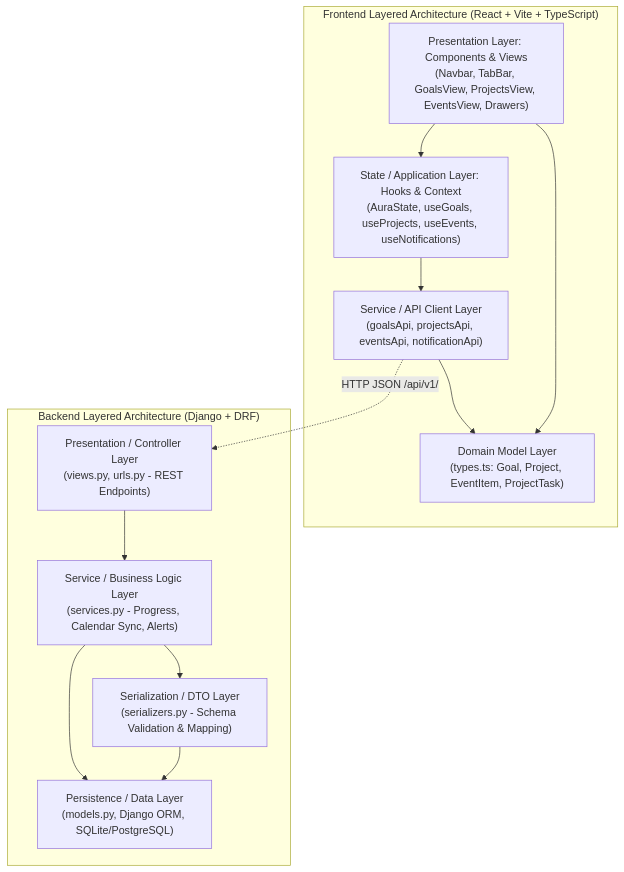
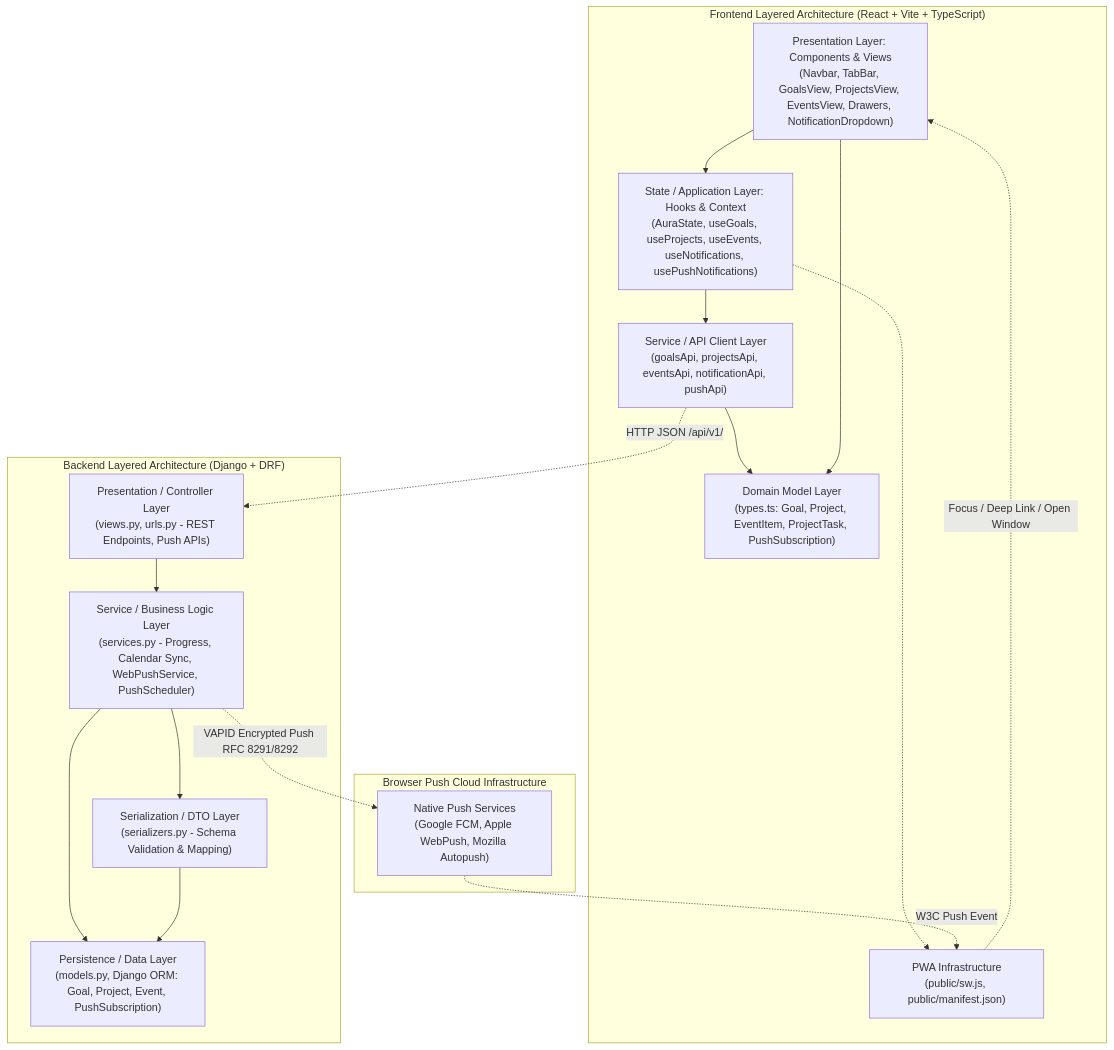
Before and after one commit to Benjamin-66Tar/Gestor-de-tareas-: the diagram in specs/001-navigation-layout/plan.md, drawn with Mermaid. The commit also changed other lines of this file and 6 other files, not shown here.

````diff
--- a/specs/001-navigation-layout/plan.md
+++ b/specs/001-navigation-layout/plan.md
@@ -67,26 +77,35 @@
 ```mermaid
 graph TD
     subgraph Frontend["Frontend Layered Architecture (React + Vite + TypeScript)"]
-        UI["Presentation Layer: Components & Views<br/>(Navbar, TabBar, GoalsView, ProjectsView, EventsView, Drawers)"]
-        STATE["State / Application Layer: Hooks & Context<br/>(AuraState, useGoals, useProjects, useEvents, useNotifications)"]
-        SERVICE_FE["Service / API Client Layer<br/>(goalsApi, projectsApi, eventsApi, notificationApi)"]
-        DOMAIN_FE["Domain Model Layer<br/>(types.ts: Goal, Project, EventItem, ProjectTask)"]
+        UI["Presentation Layer: Components & Views<br/>(Navbar, TabBar, GoalsView, ProjectsView, EventsView, Drawers, NotificationDropdown)"]
+        STATE["State / Application Layer: Hooks & Context<br/>(AuraState, useGoals, useProjects, useEvents, useNotifications, usePushNotifications)"]
+        SERVICE_FE["Service / API Client Layer<br/>(goalsApi, projectsApi, eventsApi, notificationApi, pushApi)"]
+        DOMAIN_FE["Domain Model Layer<br/>(types.ts: Goal, Project, EventItem, ProjectTask, PushSubscription)"]
+        SW["PWA Infrastructure<br/>(public/sw.js, public/manifest.json)"]
         UI --> STATE
         STATE --> SERVICE_FE
         SERVICE_FE --> DOMAIN_FE
         UI --> DOMAIN_FE
+        STATE -.-> SW
     end
 
     subgraph Backend["Backend Layered Architecture (Django + DRF)"]
-        API["Presentation / Controller Layer<br/>(views.py, urls.py - REST Endpoints)"]
-        SERVICE_BE["Service / Business Logic Layer<br/>(services.py - Progress, Calendar Sync, Alerts)"]
+        API["Presentation / Controller Layer<br/>(views.py, urls.py - REST Endpoints, Push APIs)"]
+        SERVICE_BE["Service / Business Logic Layer<br/>(services.py - Progress, Calendar Sync, WebPushService, PushScheduler)"]
         SERIALIZER["Serialization / DTO Layer<br/>(serializers.py - Schema Validation & Mapping)"]
-        PERSISTENCE["Persistence / Data Layer<br/>(models.py, Django ORM, SQLite/PostgreSQL)"]
+        PERSISTENCE["Persistence / Data Layer<br/>(models.py, Django ORM: Goal, Project, Event, PushSubscription)"]
         API --> SERVICE_BE
         SERVICE_BE --> SERIALIZER
         SERVICE_BE --> PERSISTENCE
         SERIALIZER --> PERSISTENCE
     end
 
+    subgraph PushCloud["Browser Push Cloud Infrastructure"]
+        PUSH_SRV["Native Push Services<br/>(Google FCM, Apple WebPush, Mozilla Autopush)"]
+    end
+
     SERVICE_FE -.->|HTTP JSON /api/v1/| API
+    SERVICE_BE -.->|VAPID Encrypted Push RFC 8291/8292| PUSH_SRV
+    PUSH_SRV -.->|W3C Push Event| SW
+    SW -.->|Focus / Deep Link / Open Window| UI
 ```
````
